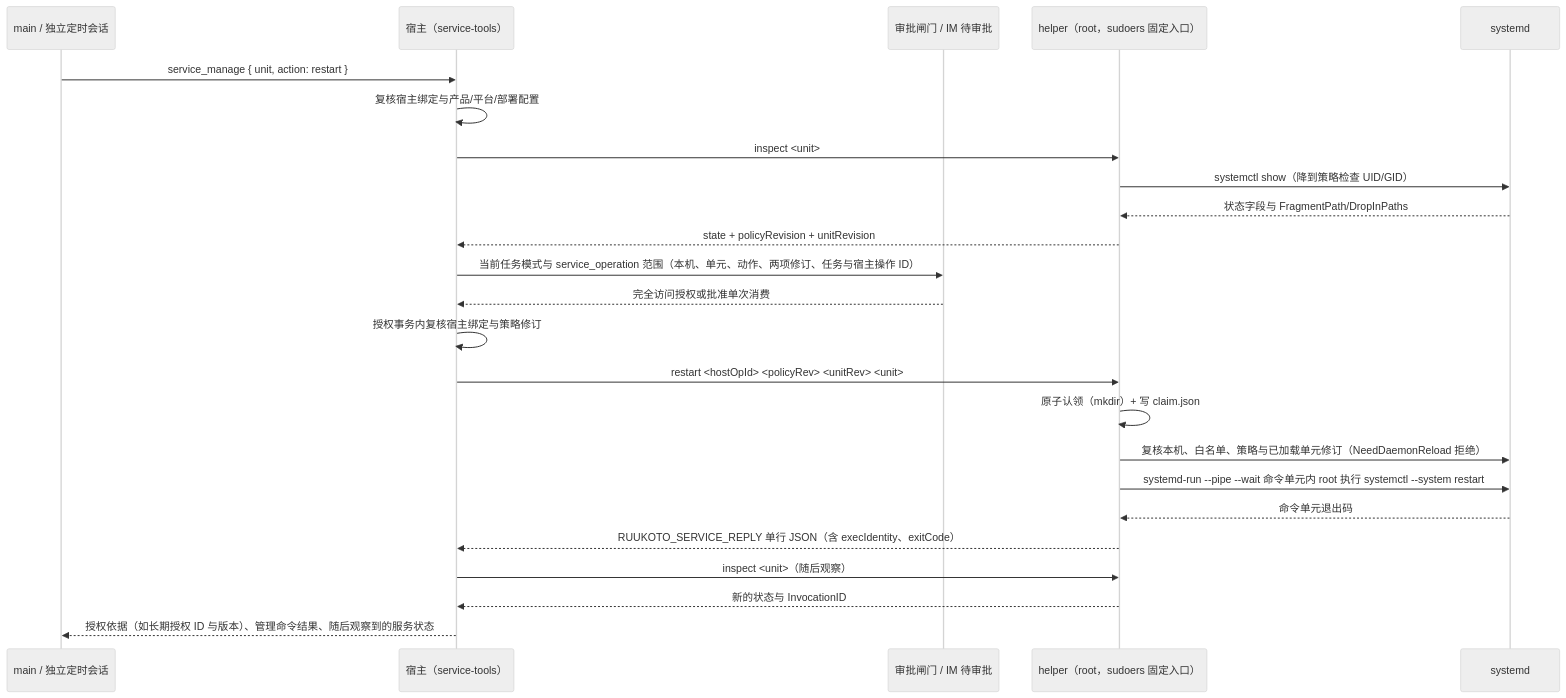
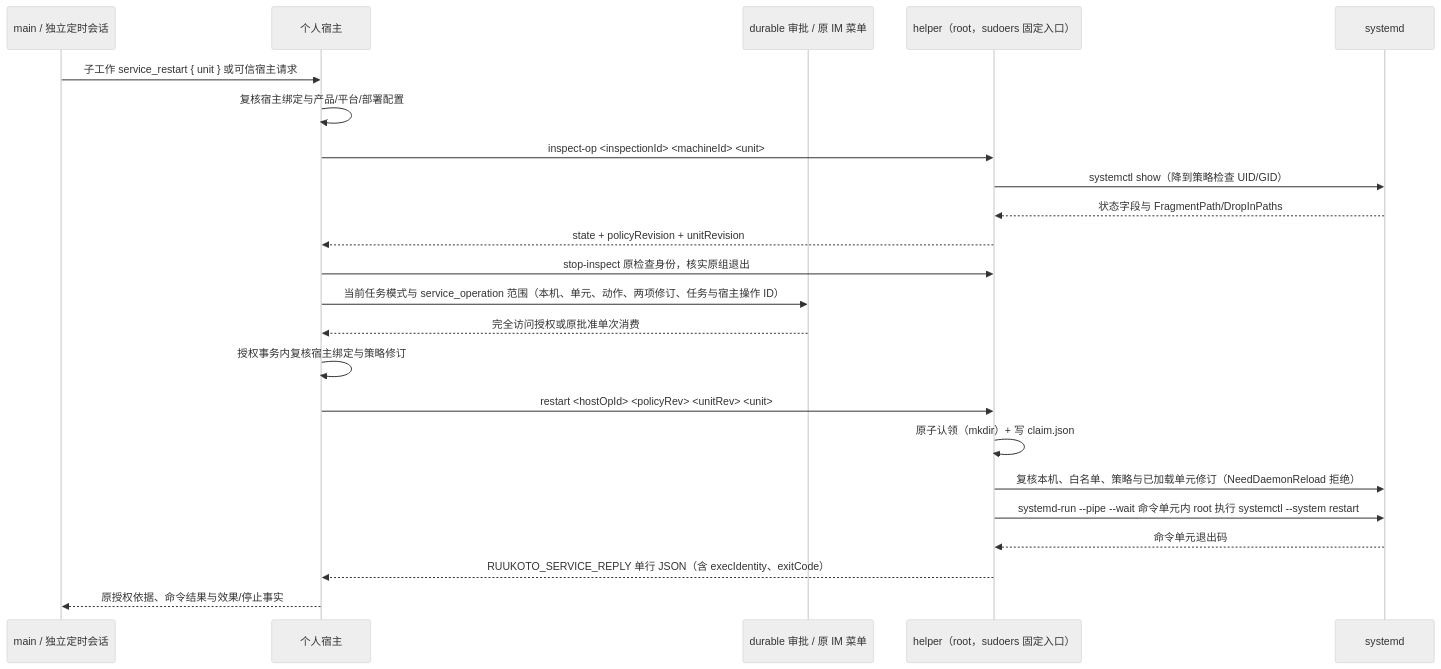
Before and after one commit to num-lab/Ruukoto: the third of 3 diagrams in docs/modules/deploy.md, drawn with Mermaid (neutral theme). The commit also changed other lines of this file and 366 other files, not shown here.

````diff
--- a/docs/modules/deploy.md
+++ b/docs/modules/deploy.md
@@ -126,26 +126,25 @@
 ```mermaid
 sequenceDiagram
   participant M as main / 独立定时会话
-  participant H as 宿主（service-tools）
-  participant A as 审批闸门 / IM 待审批
+  participant H as 个人宿主
+  participant A as durable 审批 / 原 IM 菜单
   participant P as helper（root，sudoers 固定入口）
   participant S as systemd
-  M->>H: service_manage { unit, action: restart }
+  M->>H: 子工作 service_restart { unit } 或可信宿主请求
   H->>H: 复核宿主绑定与产品/平台/部署配置
-  H->>P: inspect <unit>
+  H->>P: inspect-op <inspectionId> <machineId> <unit>
   P->>S: systemctl show（降到策略检查 UID/GID）
   S-->>P: 状态字段与 FragmentPath/DropInPaths
   P-->>H: state + policyRevision + unitRevision
+  H->>P: stop-inspect 原检查身份，核实原组退出
   H->>A: 当前任务模式与 service_operation 范围（本机、单元、动作、两项修订、任务与宿主操作 ID）
-  A-->>H: 完全访问授权或批准单次消费
+  A-->>H: 完全访问授权或原批准单次消费
   H->>H: 授权事务内复核宿主绑定与策略修订
   H->>P: restart <hostOpId> <policyRev> <unitRev> <unit>
   P->>P: 原子认领（mkdir）+ 写 claim.json
   P->>S: 复核本机、白名单、策略与已加载单元修订（NeedDaemonReload 拒绝）
   P->>S: systemd-run --pipe --wait 命令单元内 root 执行 systemctl --system restart
   S-->>P: 命令单元退出码
   P-->>H: RUUKOTO_SERVICE_REPLY 单行 JSON（含 execIdentity、exitCode）
-  H->>P: inspect <unit>（随后观察）
-  P-->>H: 新的状态与 InvocationID
-  H-->>M: 授权依据（如长期授权 ID 与版本）、管理命令结果、随后观察到的服务状态
+  H-->>M: 原授权依据、命令结果与效果/停止事实
 ```
````
